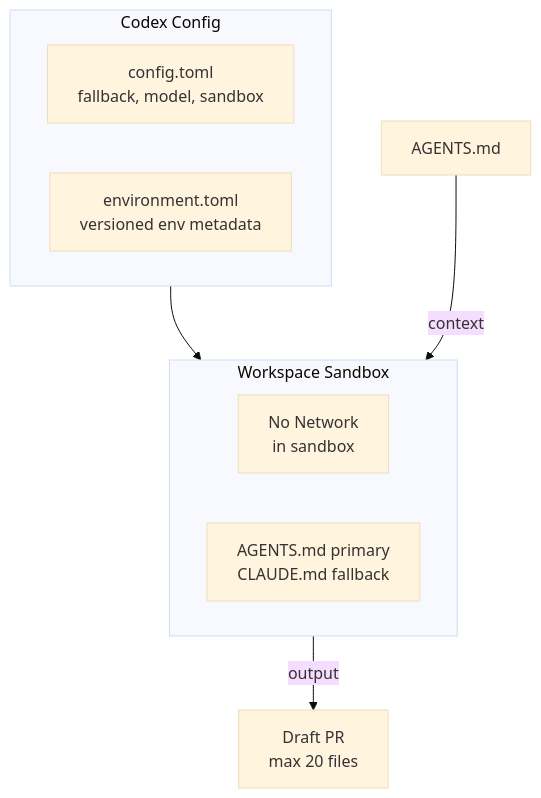
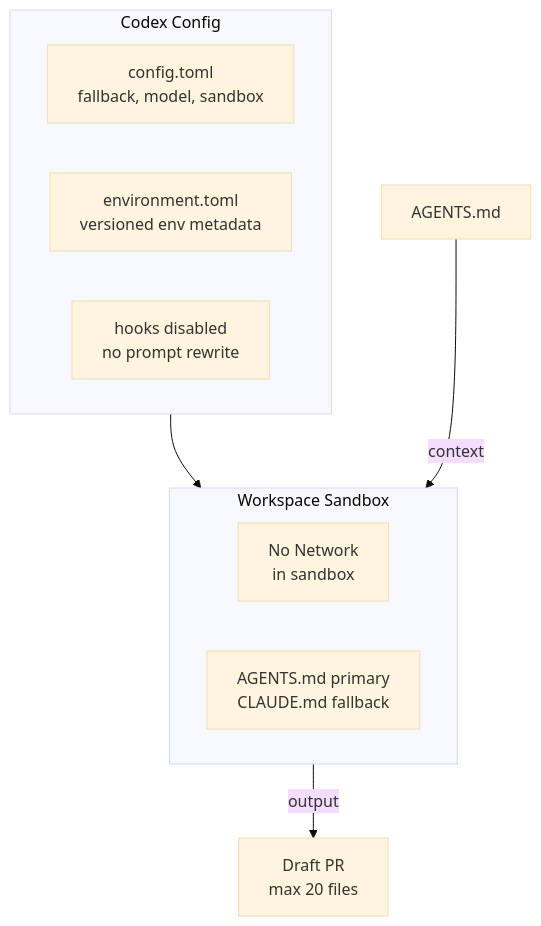
One commit to greenpill-dev-guild/green-goods changed the diagram in docs/docs/builders/agentic/codex.mdx. Above: the diagram before and after it, drawn with Mermaid (base theme). The commit also changed other lines of this file and 42 other files, not shown here.

Commit message:
docs(agent): align agentic guidance and codex flow

````diff
--- a/docs/docs/builders/agentic/codex.mdx
+++ b/docs/docs/builders/agentic/codex.mdx
@@ -14,18 +14,19 @@
 ```mermaid
 graph TB
     subgraph Config["Codex Config"]
         TOML["config.toml\nfallback, model, sandbox"]
         ENV["environment.toml\nversioned env metadata"]
+        Hooks["hooks disabled\nno prompt rewrite"]
     end
 
     subgraph Sandbox["Workspace Sandbox"]
         NoNet["No Network\nin sandbox"]
         Docs["AGENTS.md primary\nCLAUDE.md fallback"]
     end
 
     Config --> Sandbox
 
     AGENTS["AGENTS.md"] -->|context| Sandbox
 
     Sandbox -->|output| PR["Draft PR\nmax 20 files"]
 ```
````
